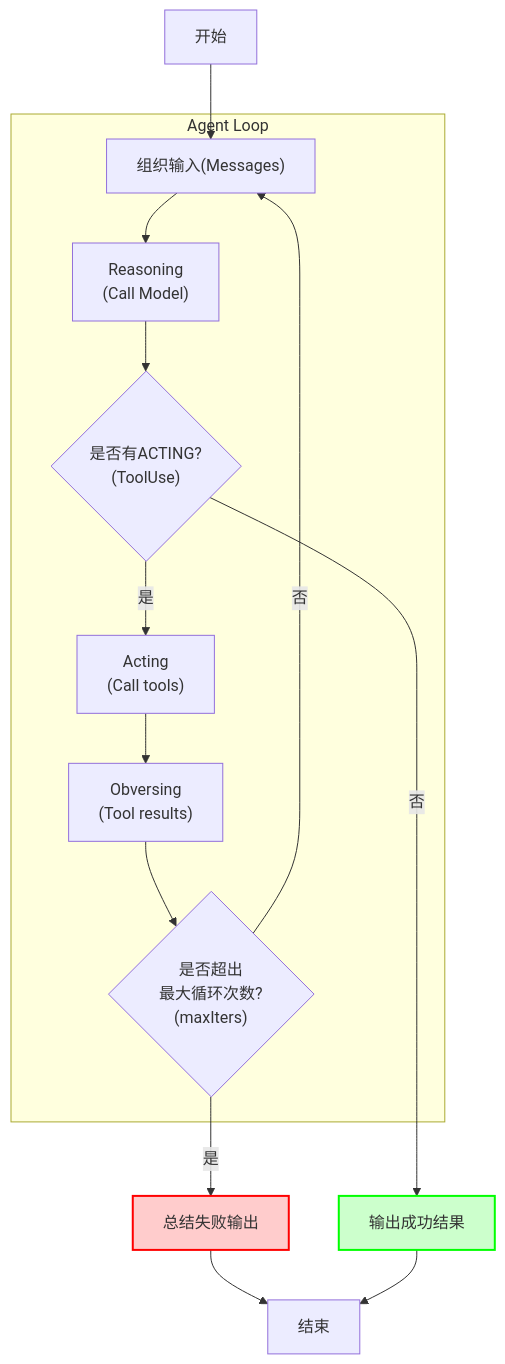
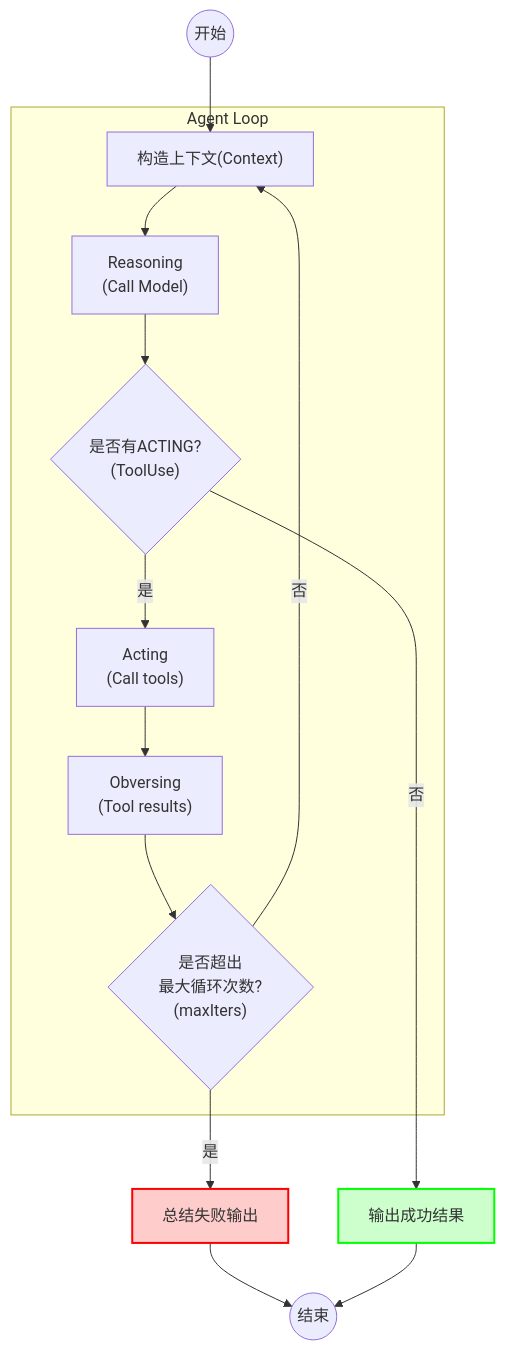
Before and after one commit to alibaba/tron-one-agent: the first of 4 diagrams in docs/zh/develop_guide.md, drawn with Mermaid. The commit also changed other lines of this file, not shown here.

````diff
--- a/docs/zh/develop_guide.md
+++ b/docs/zh/develop_guide.md
@@ -11,34 +11,34 @@
 ```mermaid
 graph TD
-START[开始]
-END[结束]
+START((开始))
+END((结束))
 OUTPUT["输出成功结果"]
 SUMMARIZE["总结失败输出"]
 
-INPUT["组织输入(Messages)"]
+INPUT["构造上下文(Context)"]
 REASONING["Reasoning<br/>(Call Model)"]
 JUDGE{"是否有ACTING?<br/>(ToolUse)"}
 ACTING["Acting<br/>(Call tools)"]
 OBVERSING["Obversing<br/>(Tool results)"]
 LIMIT{"是否超出\n最大循环次数?\n(maxIters)"}
 
 
 subgraph AGENTLOOP["Agent Loop"]
 INPUT --> REASONING
 REASONING --> JUDGE
 JUDGE -- 是 --> ACTING
 ACTING --> OBVERSING
 OBVERSING --> LIMIT
 LIMIT -- 否 --> INPUT
 end
 
 START --> INPUT
 JUDGE -- 否 --> OUTPUT
 LIMIT -- 是 --> SUMMARIZE
 SUMMARIZE --> END
 OUTPUT --> END
 
 style OUTPUT fill:#ccffcc,stroke:#00ff00,stroke-width:2px
 style SUMMARIZE fill:#ffcccc,stroke:#ff0000,stroke-width:2px
 
 ```
````
